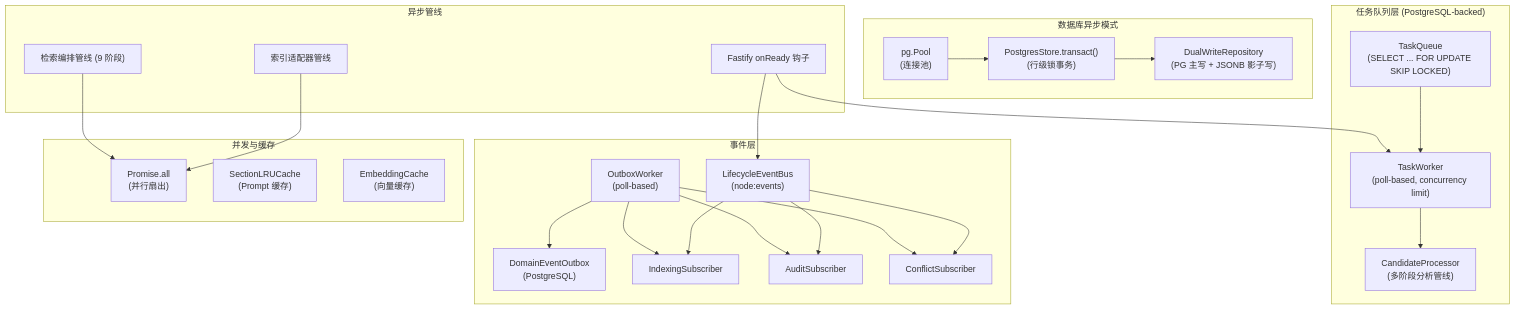
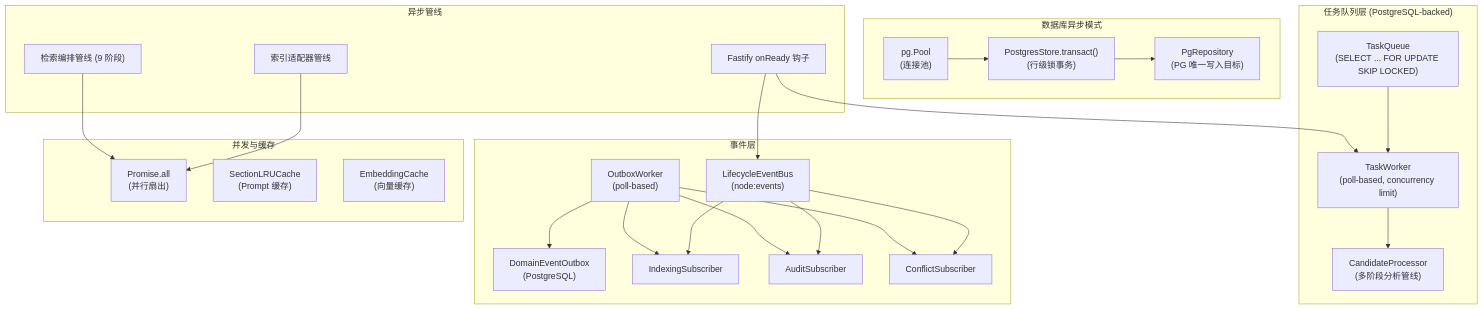
One commit to pofossette/TrapMap-for-vibing changed the first of 6 diagrams in docs/architecture/components/ASYNC_INFRASTRUCTURE.md. Above: the diagram before and after it, drawn with Mermaid. The commit also changed other lines of this file and 17 other files, not shown here.

````diff
--- a/docs/architecture/components/ASYNC_INFRASTRUCTURE.md
+++ b/docs/architecture/components/ASYNC_INFRASTRUCTURE.md
@@ -9,54 +9,54 @@
 ```mermaid
 flowchart TB
     subgraph 事件层["事件层"]
         EventBus["LifecycleEventBus\n(node:events)"]
         Outbox["DomainEventOutbox\n(PostgreSQL)"]
         OutboxWorker["OutboxWorker\n(poll-based)"]
         IndexSub["IndexingSubscriber"]
         AuditSub["AuditSubscriber"]
         ConflictSub["ConflictSubscriber"]
     end
 
     subgraph 任务队列层["任务队列层 (PostgreSQL-backed)"]
         TaskQueue["TaskQueue\n(SELECT ... FOR UPDATE SKIP LOCKED)"]
         TaskWorker["TaskWorker\n(poll-based, concurrency limit)"]
         CandidateProc["CandidateProcessor\n(多阶段分析管线)"]
     end
 
     subgraph 数据库层["数据库异步模式"]
         PgPool["pg.Pool\n(连接池)"]
         Transact["PostgresStore.transact()\n(行级锁事务)"]
-        DualWrite["DualWriteRepository\n(PG 主写 + JSONB 影子写)"]
+        PgRepo["PgRepository\n(PG 唯一写入目标)"]
     end
 
     subgraph 并发与缓存["并发与缓存"]
         PromiseAll["Promise.all\n(并行扇出)"]
         LRUCache["SectionLRUCache\n(Prompt 缓存)"]
         EmbedCache["EmbeddingCache\n(向量缓存)"]
     end
 
     subgraph 管线层["异步管线"]
         FastifyHooks["Fastify onReady 钩子"]
         AdapterPipeline["索引适配器管线"]
         RetrievalPipeline["检索编排管线 (9 阶段)"]
     end
 
     EventBus --> IndexSub
     EventBus --> AuditSub
     EventBus --> ConflictSub
     OutboxWorker --> Outbox
     OutboxWorker --> IndexSub
     OutboxWorker --> ConflictSub
     OutboxWorker --> AuditSub
 
     TaskQueue --> TaskWorker
     TaskWorker --> CandidateProc
 
     PgPool --> Transact
-    Transact --> DualWrite
+    Transact --> PgRepo
 
     FastifyHooks --> TaskWorker
     FastifyHooks --> EventBus
     AdapterPipeline --> PromiseAll
     RetrievalPipeline --> PromiseAll
 ```
````
